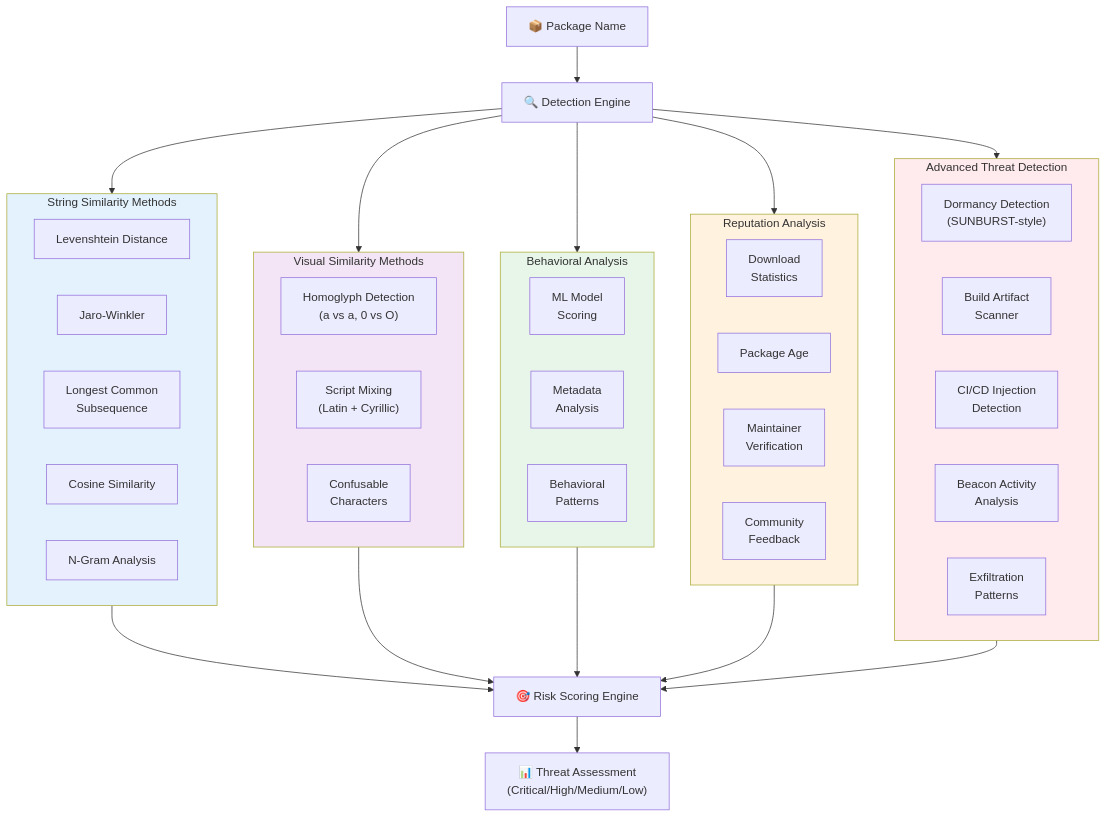
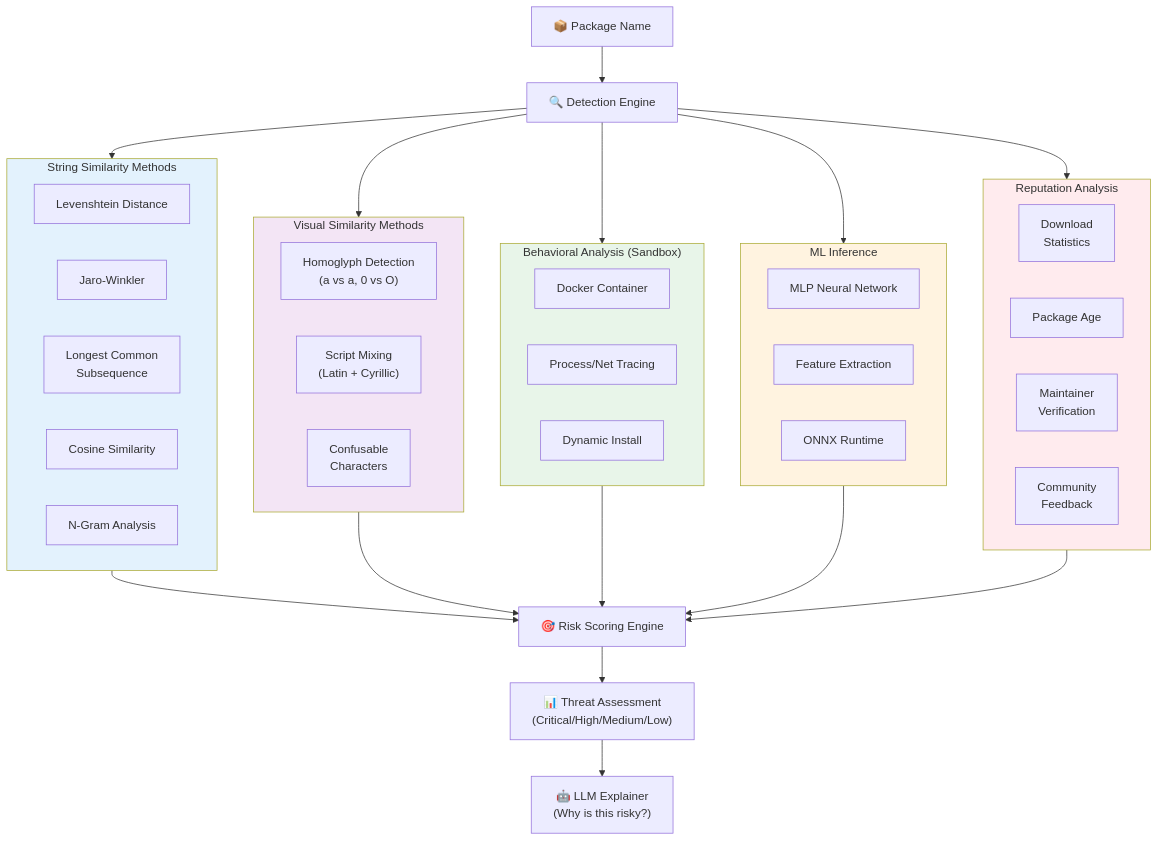
Before and after one commit to falcn-io/falcn: the second of 3 diagrams in docs/ARCHITECTURE.md, drawn with Mermaid. The commit also changed other lines of this file and 27 other files, not shown here.

````diff
--- a/docs/ARCHITECTURE.md
+++ b/docs/ARCHITECTURE.md
@@ -232,59 +81,58 @@
 ```mermaid
 flowchart TB
     Package["📦 Package Name"] --> Detection["🔍 Detection Engine"]
     
     subgraph StringMethods["String Similarity Methods"]
         Levenshtein["Levenshtein Distance"]
         JaroWinkler["Jaro-Winkler"]
         LCS["Longest Common\nSubsequence"]
         Cosine["Cosine Similarity"]
         NGram["N-Gram Analysis"]
     end
     
     subgraph VisualMethods["Visual Similarity Methods"]
         Homoglyph["Homoglyph Detection\n(а vs a, 0 vs O)"]
         ScriptMix["Script Mixing\n(Latin + Cyrillic)"]
         Confusables["Confusable\nCharacters"]
     end
     
-    subgraph BehavioralMethods["Behavioral Analysis"]
-        MLModel["ML Model\nScoring"]
-        Metadata["Metadata\nAnalysis"]
-        Behavioral["Behavioral\nPatterns"]
+    subgraph BehavioralMethods["Behavioral Analysis (Sandbox)"]
+        Sandbox["Docker Container"]
+        Tracing["Process/Net Tracing"]
+        Install["Dynamic Install"]
+    end
+    
+    subgraph MLMethods["ML Inference"]
+        MLP["MLP Neural Network"]
+        Features["Feature Extraction"]
+        ONNX["ONNX Runtime"]
     end
     
     subgraph ReputationMethods["Reputation Analysis"]
         Downloads["Download\nStatistics"]
         Age["Package Age"]
         Maintainers["Maintainer\nVerification"]
         Community["Community\nFeedback"]
     end
     
-    subgraph AdvancedMethods["Advanced Threat Detection"]
-        Dormancy["Dormancy Detection\n(SUNBURST-style)"]
-        BuildArtifact["Build Artifact\nScanner"]
-        CICDInjection["CI/CD Injection\nDetection"]
-        Beacon["Beacon Activity\nAnalysis"]
-        Exfiltration["Exfiltration\nPatterns"]
-    end
-    
     Detection --> StringMethods
     Detection --> VisualMethods
     Detection --> BehavioralMethods
+    Detection --> MLMethods
     Detection --> ReputationMethods
-    Detection --> AdvancedMethods
     
     StringMethods --> Scoring["🎯 Risk Scoring Engine"]
     VisualMethods --> Scoring
     BehavioralMethods --> Scoring
+    MLMethods --> Scoring
     ReputationMethods --> Scoring
-    AdvancedMethods --> Scoring
     
     Scoring --> Result["📊 Threat Assessment\n(Critical/High/Medium/Low)"]
+    Result --> LLM["🤖 LLM Explainer\n(Why is this risky?)"]
 
     style StringMethods fill:#e3f2fd
     style VisualMethods fill:#f3e5f5
     style BehavioralMethods fill:#e8f5e9
-    style ReputationMethods fill:#fff3e0
-    style AdvancedMethods fill:#ffebee
+    style MLMethods fill:#fff3e0
+    style ReputationMethods fill:#ffebee
 ```
````
